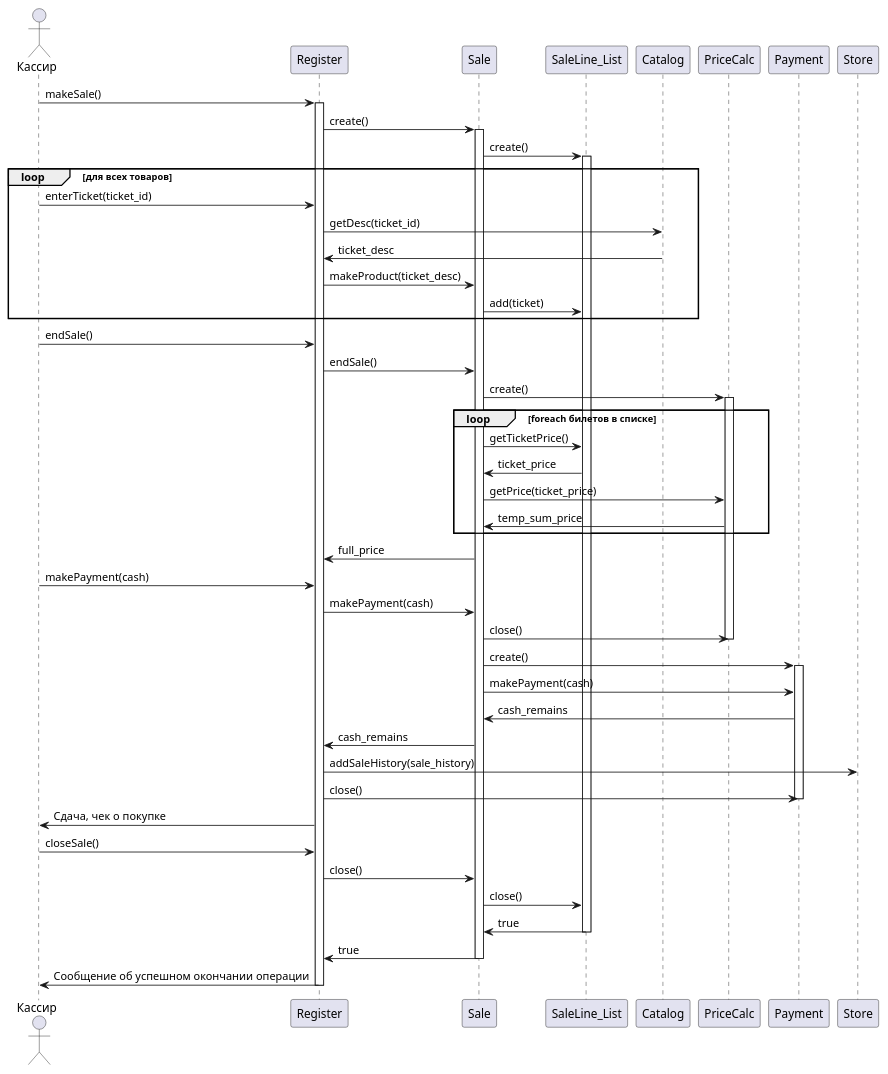
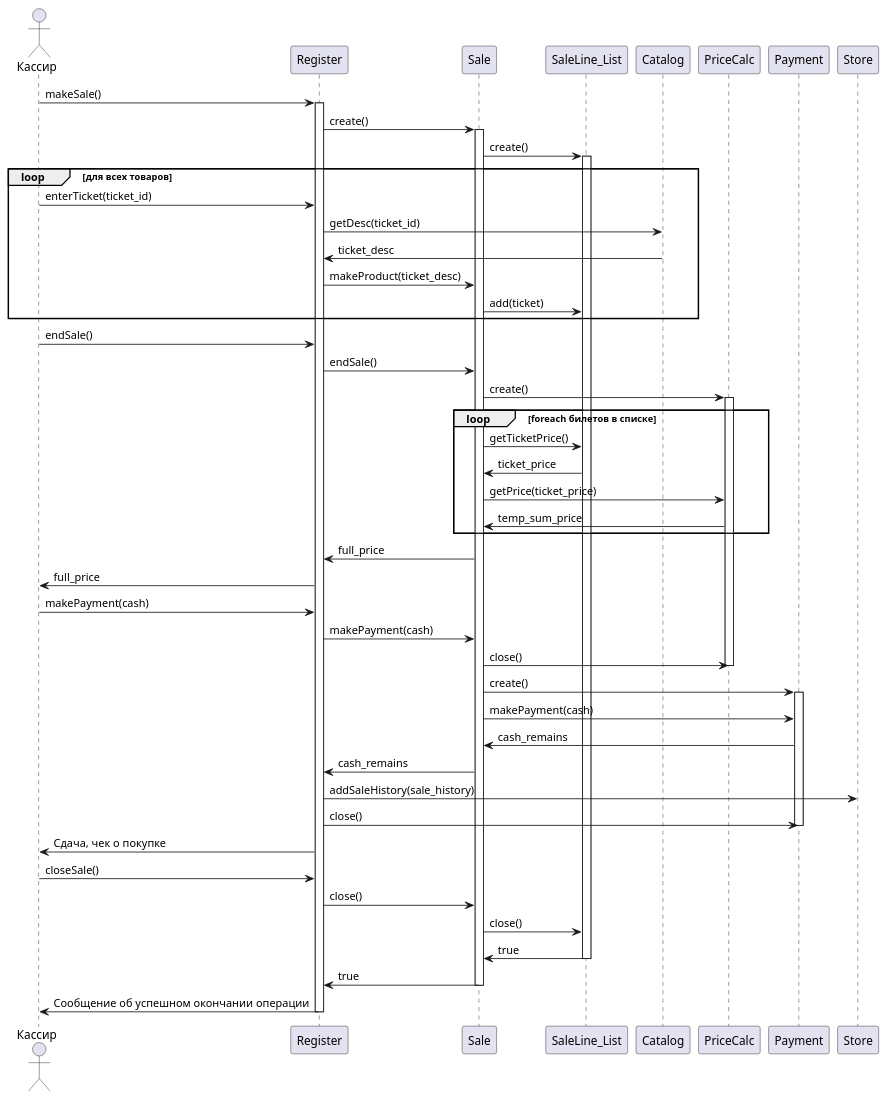
The diagram in Прецеденты/Диаграмма последовательности Оформление продажи.md (penamarth/bsbo-03-23_team4_var10_football), drawn with PlantUML before and after one commit. The commit also changed 5 other files, not shown here.

Commit message:
Добавление описаний операций прецедента Оформление продажи + фикс диаграммы прецедента Оформление продажи

````diff
--- a/Прецеденты/Диаграмма последовательности Оформление продажи.md
+++ b/Прецеденты/Диаграмма последовательности Оформление продажи.md
@@ -1,69 +1,70 @@
 ```plantuml
 @startuml
 
 actor Кассир
 Кассир -> Register : makeSale()
 
 activate Register
 Register -> Sale : create()
 
 activate Sale
 Sale -> SaleLine_List : create()
 
 activate SaleLine_List
 
 loop для всех товаров
 Кассир -> Register : enterTicket(ticket_id)
 Register -> Catalog : getDesc(ticket_id)
 Register <- Catalog : ticket_desc
 Register -> Sale : makeProduct(ticket_desc)
 Sale -> SaleLine_List : add(ticket)
 end
 
 Кассир -> Register : endSale()
 Register -> Sale : endSale()
 
 Sale -> PriceCalc : create()
 activate PriceCalc
 
 loop foreach билетов в списке
 Sale -> SaleLine_List : getTicketPrice()
 Sale <- SaleLine_List : ticket_price
 Sale -> PriceCalc : getPrice(ticket_price)
 Sale <- PriceCalc : temp_sum_price
 end
 
 Register <- Sale : full_price
+Кассир <- Register : full_price
 Кассир -> Register : makePayment(cash)
 Register -> Sale : makePayment(cash)
 
 Sale -> PriceCalc : close()
 deactivate PriceCalc
 
 Sale -> Payment : create()
 activate Payment
 
 Sale -> Payment : makePayment(cash)
 Sale <- Payment : cash_remains
 
 
 Register <- Sale : cash_remains
 Register -> Store : addSaleHistory(sale_history)
 Register -> Payment : close()
 deactivate Payment
 
 Кассир <- Register : Сдача, чек о покупке
 
 Кассир -> Register : closeSale()
 Register -> Sale : close()
 Sale -> SaleLine_List : close()
 
 Sale <- SaleLine_List : true
 deactivate SaleLine_List
 Register <- Sale : true
 deactivate Sale
 Кассир <- Register : Сообщение об успешном окончании операции
 deactivate Register
 
 @enduml
 ```
````
